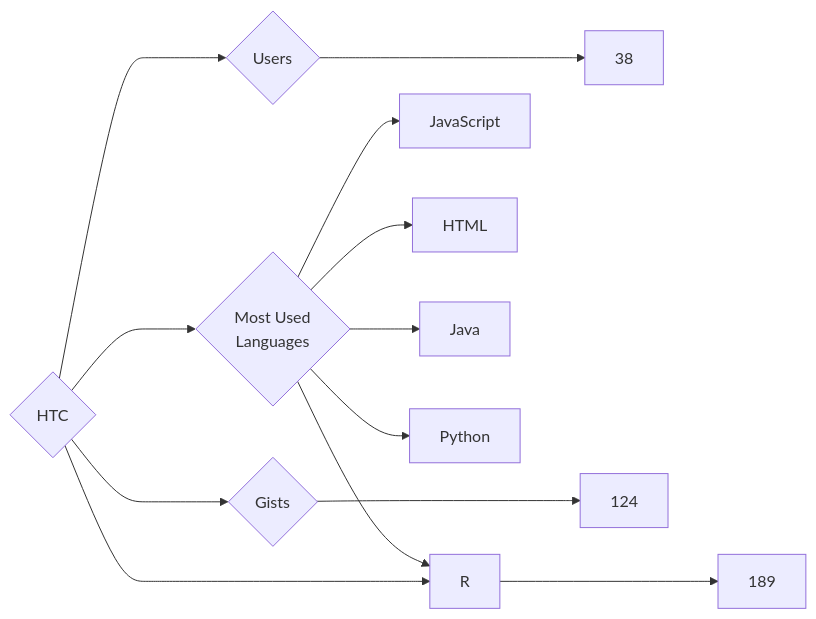
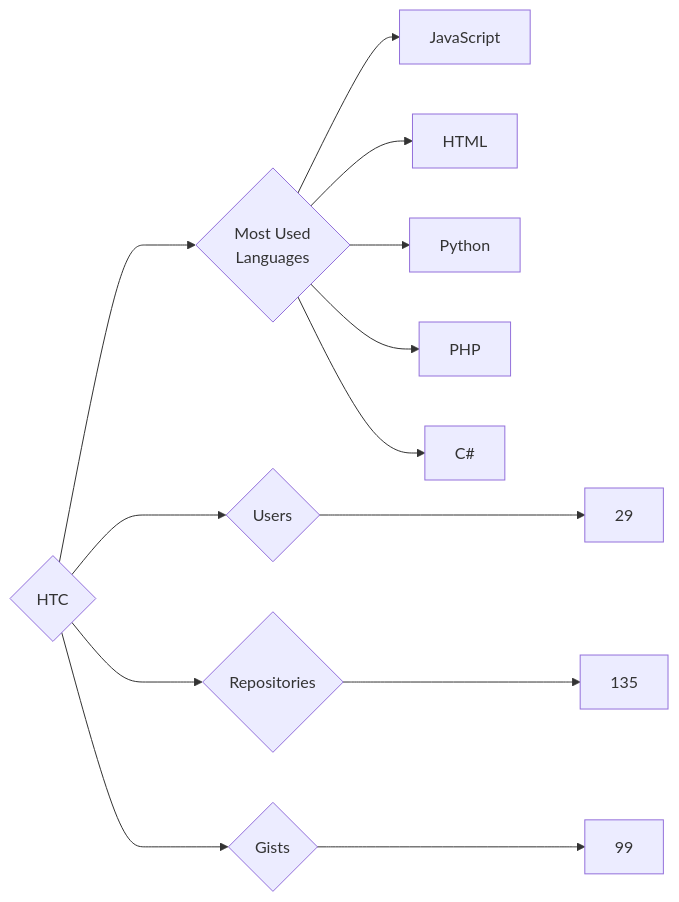
The diagram in targets/HTC/README.md (trickest/insiders), drawn with Mermaid before and after one commit. The commit also changed 873 other files, not shown here.

````diff
--- a/targets/HTC/README.md
+++ b/targets/HTC/README.md
@@ -3,13 +3,13 @@
 ```mermaid
 graph LR
 COMPANY_NAME{HTC}
-COMPANY_NAME ---> U{Users} ---> UN[38]
-COMPANY_NAME ---> R{Repositories} ---> RN[189]
-COMPANY_NAME ---> G{Gists} ---> GN[124]
+COMPANY_NAME ---> U{Users} ---> UN[29]
+COMPANY_NAME ---> R{Repositories} ---> RN[135]
+COMPANY_NAME ---> G{Gists} ---> GN[99]
 COMPANY_NAME ---> ML{Most Used<br>Languages}
 ML --> JavaScript[JavaScript]
 ML --> HTML[HTML]
-ML --> Java[Java]
 ML --> Python[Python]
-ML --> R[R]
+ML --> PHP[PHP]
+ML --> C#[C#]
 ```
````
